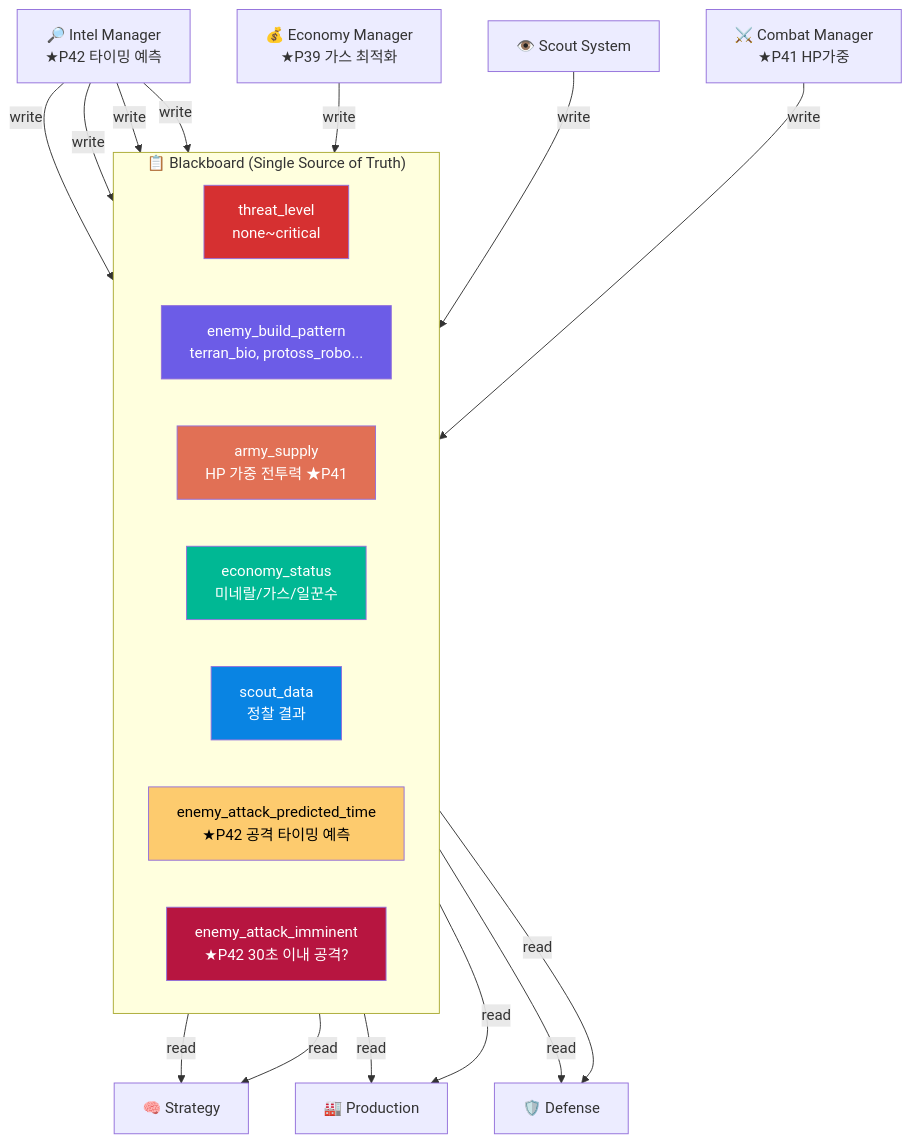
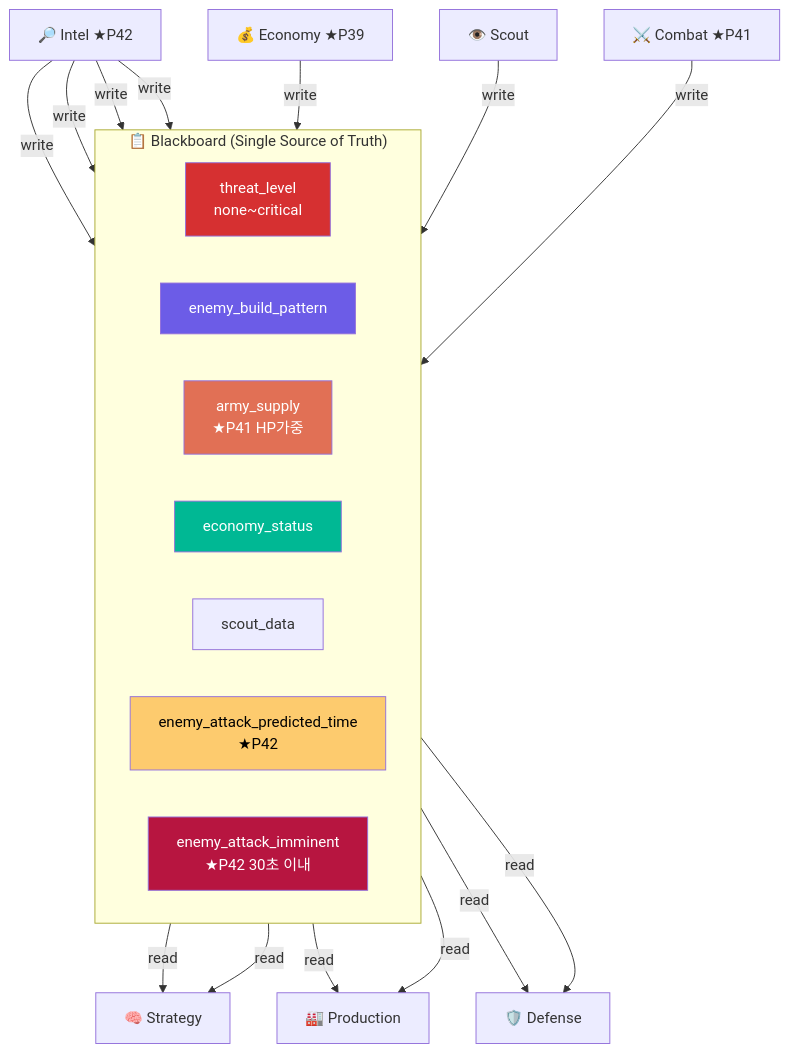
One commit to sun475300-sudo/Swarm-control-in-sc2bot changed diagram 16 of 26 in README.md. Above: the diagram before and after it, drawn with Mermaid. The commit also changed other lines of this file, not shown here.

````diff
--- a/README.md
+++ b/README.md
@@ -881,33 +728,29 @@
 ```mermaid
 graph TB
     subgraph "📋 Blackboard (Single Source of Truth)"
         direction LR
-        THREAT_BB["threat_level\nnone~critical"]
-        PATTERN_BB["enemy_build_pattern\nterran_bio, protoss_robo..."]
-        ARMY_BB["army_supply\nHP 가중 전투력 ★P41"]
-        ECON_BB["economy_status\n미네랄/가스/일꾼수"]
-        SCOUT_BB["scout_data\n정찰 결과"]
-        ATCK_BB["enemy_attack_predicted_time\n★P42 공격 타이밍 예측"]
-        IMMINENT_BB["enemy_attack_imminent\n★P42 30초 이내 공격?"]
+        TH["threat_level\nnone~critical"]
+        PT["enemy_build_pattern"]
+        AR["army_supply\n★P41 HP가중"]
+        EC["economy_status"]
+        SC_D["scout_data"]
+        AT["enemy_attack_predicted_time\n★P42"]
+        IM["enemy_attack_imminent\n★P42 30초 이내"]
     end
-
-    INTEL_BB["🔎 Intel Manager\n★P42 타이밍 예측"] -->|"write"| THREAT_BB & PATTERN_BB & ATCK_BB & IMMINENT_BB
-    ECON_BB2["💰 Economy Manager\n★P39 가스 최적화"] -->|"write"| ECON_BB
-    SCOUT_BB2["👁️ Scout System"] -->|"write"| SCOUT_BB
-    COMBAT_BB["⚔️ Combat Manager\n★P41 HP가중"] -->|"write"| ARMY_BB
-
-    THREAT_BB -->|"read"| STRAT_BB["🧠 Strategy"]
-    PATTERN_BB -->|"read"| PROD_BB["🏭 Production"]
-    ARMY_BB -->|"read"| DEF_BB["🛡️ Defense"]
-    ECON_BB -->|"read"| PROD_BB
-    ATCK_BB -->|"read"| STRAT_BB
-    IMMINENT_BB -->|"read"| DEF_BB
-
-    style THREAT_BB fill:#d63031,color:#fff
-    style PATTERN_BB fill:#6c5ce7,color:#fff
-    style ARMY_BB fill:#e17055,color:#fff
-    style ECON_BB fill:#00b894,color:#fff
-    style SCOUT_BB fill:#0984e3,color:#fff
-    style ATCK_BB fill:#fdcb6e,color:#000
-    style IMMINENT_BB fill:#b71540,color:#fff
+    IM_W["🔎 Intel ★P42"] -->|write| TH & PT & AT & IM
+    EC_W["💰 Economy ★P39"] -->|write| EC
+    SC_W["👁️ Scout"] -->|write| SC_D
+    CM_W["⚔️ Combat ★P41"] -->|write| AR
+    TH -->|read| ST_R["🧠 Strategy"]
+    PT -->|read| PR_R["🏭 Production"]
+    AR -->|read| DF_R["🛡️ Defense"]
+    EC -->|read| PR_R
+    AT -->|read| ST_R
+    IM -->|read| DF_R
+    style TH fill:#d63031,color:#fff
+    style PT fill:#6c5ce7,color:#fff
+    style AR fill:#e17055,color:#fff
+    style EC fill:#00b894,color:#fff
+    style AT fill:#fdcb6e,color:#000
+    style IM fill:#b71540,color:#fff
 ```
````
